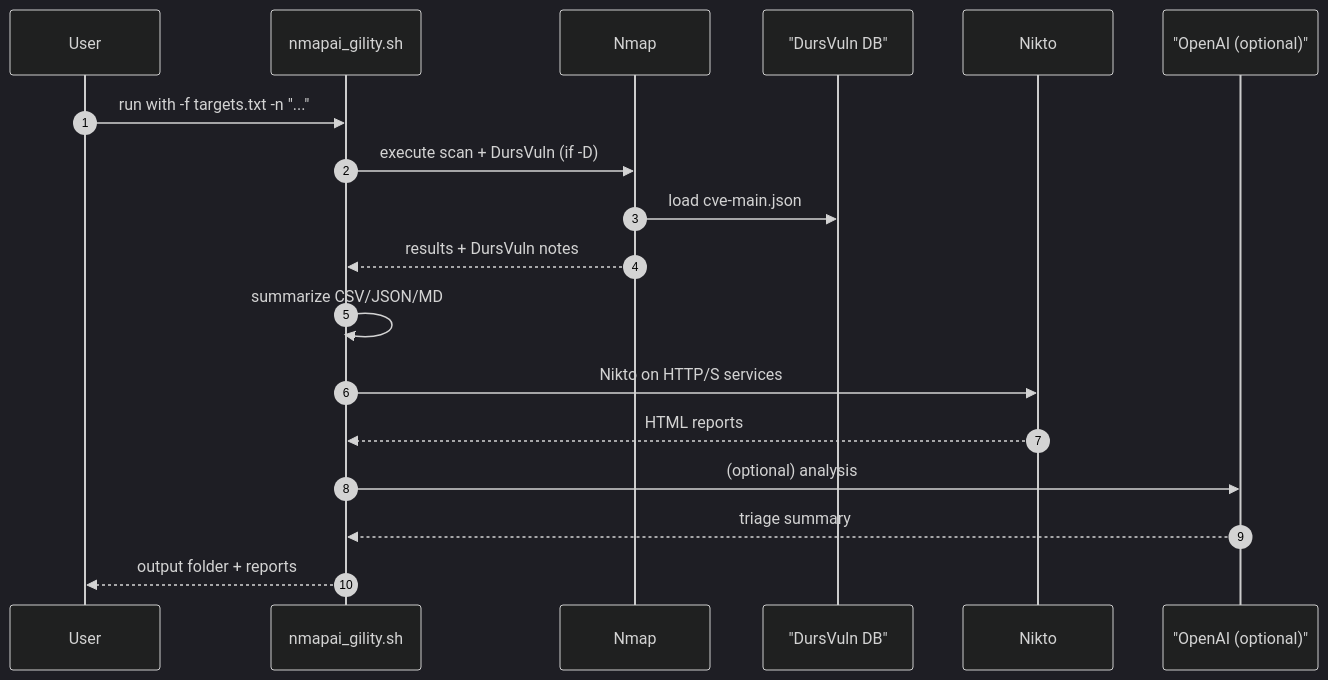
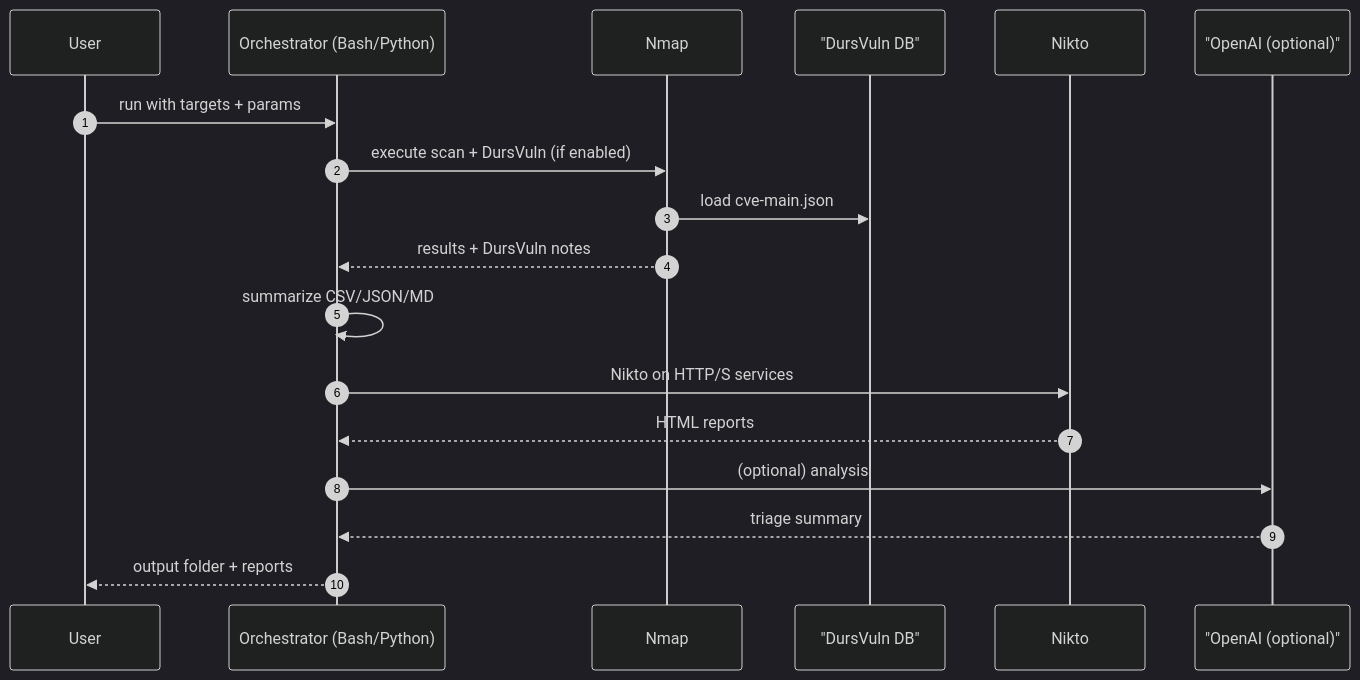
Before and after one commit to Masriyan/NmapAI-gility: the second of 3 diagrams in README.md, drawn with Mermaid (dark theme). The commit also changed other lines of this file, not shown here.

````diff
--- a/README.md
+++ b/README.md
@@ -61,20 +92,20 @@
 ```mermaid
 sequenceDiagram
     autonumber
     participant U as User
-    participant S as nmapai_gility.sh
+    participant S as Orchestrator (Bash/Python)
     participant N as Nmap
     participant V as "DursVuln DB"
     participant K as Nikto
     participant A as "OpenAI (optional)"
-    U->>S: run with -f targets.txt -n "..."
-    S->>N: execute scan + DursVuln (if -D)
+    U->>S: run with targets + params
+    S->>N: execute scan + DursVuln (if enabled)
     N->>V: load cve-main.json
     N-->>S: results + DursVuln notes
     S->>S: summarize CSV/JSON/MD
     S->>K: Nikto on HTTP/S services
     K-->>S: HTML reports
     S->>A: (optional) analysis
     A-->>S: triage summary
     S-->>U: output folder + reports
 ```
````
